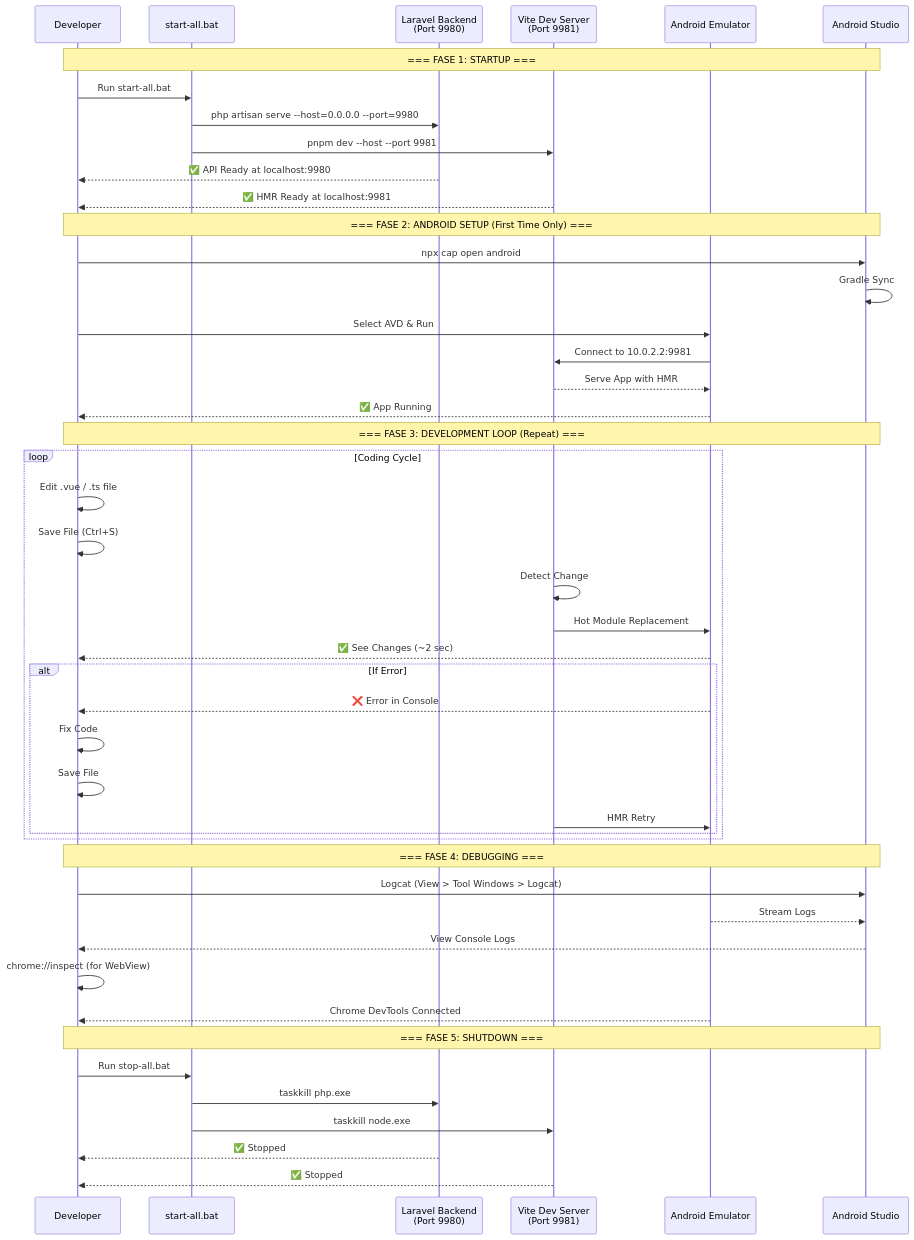
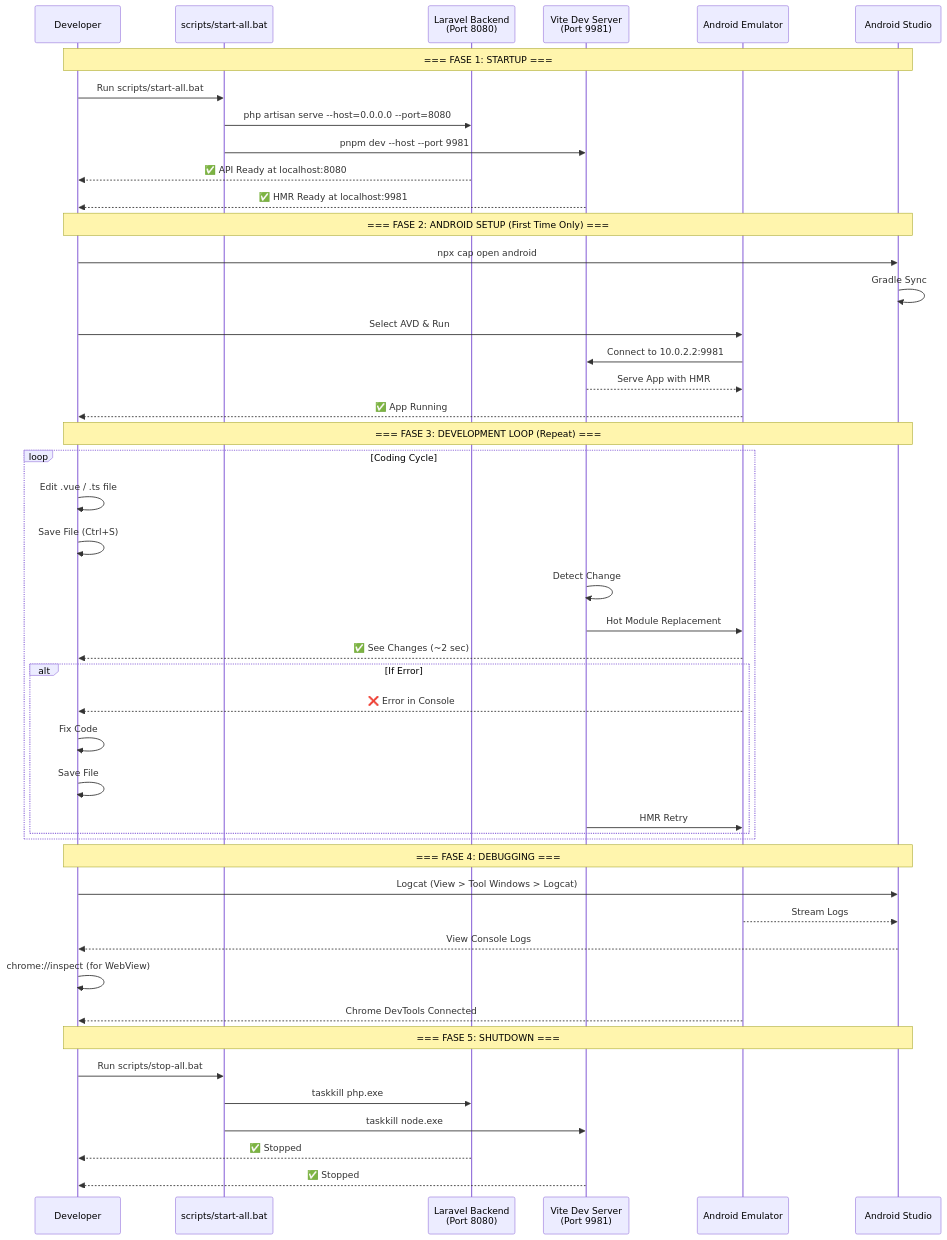
One commit to ihkaru/cerdas changed the diagram in docs/DEVELOPMENT_LIFECYCLE.md. Above: the diagram before and after it, drawn with Mermaid. The commit also changed other lines of this file and 62 other files, not shown here.

````diff
--- a/docs/DEVELOPMENT_LIFECYCLE.md
+++ b/docs/DEVELOPMENT_LIFECYCLE.md
@@ -26,60 +26,60 @@
 ```mermaid
 sequenceDiagram
     participant Dev as Developer
-    participant Bat as start-all.bat
-    participant Backend as Laravel Backend<br/>(Port 9980)
+    participant Bat as scripts/start-all.bat
+    participant Backend as Laravel Backend<br/>(Port 8080)
     participant Vite as Vite Dev Server<br/>(Port 9981)
     participant AVD as Android Emulator
     participant AS as Android Studio
 
     Note over Dev,AS: === FASE 1: STARTUP ===
     
-    Dev->>Bat: Run start-all.bat
-    Bat->>Backend: php artisan serve --host=0.0.0.0 --port=9980
+    Dev->>Bat: Run scripts/start-all.bat
+    Bat->>Backend: php artisan serve --host=0.0.0.0 --port=8080
     Bat->>Vite: pnpm dev --host --port 9981
-    Backend-->>Dev: ✅ API Ready at localhost:9980
+    Backend-->>Dev: ✅ API Ready at localhost:8080
     Vite-->>Dev: ✅ HMR Ready at localhost:9981
     
     Note over Dev,AS: === FASE 2: ANDROID SETUP (First Time Only) ===
     
     Dev->>AS: npx cap open android
     AS->>AS: Gradle Sync
     Dev->>AVD: Select AVD & Run
     AVD->>Vite: Connect to 10.0.2.2:9981
     Vite-->>AVD: Serve App with HMR
     AVD-->>Dev: ✅ App Running
 
     Note over Dev,AS: === FASE 3: DEVELOPMENT LOOP (Repeat) ===
     
     loop Coding Cycle
         Dev->>Dev: Edit .vue / .ts file
         Dev->>Dev: Save File (Ctrl+S)
         Vite->>Vite: Detect Change
         Vite->>AVD: Hot Module Replacement
         AVD-->>Dev: ✅ See Changes (~2 sec)
         
         alt If Error
             AVD-->>Dev: ❌ Error in Console
             Dev->>Dev: Fix Code
             Dev->>Dev: Save File
             Vite->>AVD: HMR Retry
         end
     end
 
     Note over Dev,AS: === FASE 4: DEBUGGING ===
     
     Dev->>AS: Logcat (View > Tool Windows > Logcat)
     AVD-->>AS: Stream Logs
     AS-->>Dev: View Console Logs
     
     Dev->>Dev: chrome://inspect (for WebView)
     AVD-->>Dev: Chrome DevTools Connected
 
     Note over Dev,AS: === FASE 5: SHUTDOWN ===
     
-    Dev->>Bat: Run stop-all.bat
+    Dev->>Bat: Run scripts/stop-all.bat
     Bat->>Backend: taskkill php.exe
     Bat->>Vite: taskkill node.exe
     Backend-->>Dev: ✅ Stopped
     Vite-->>Dev: ✅ Stopped
 ```
````
